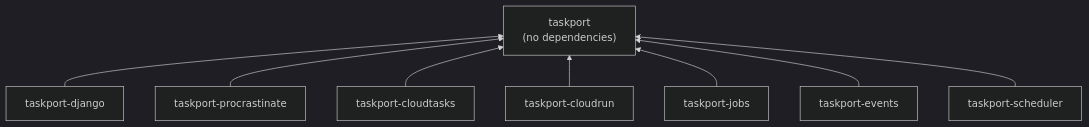
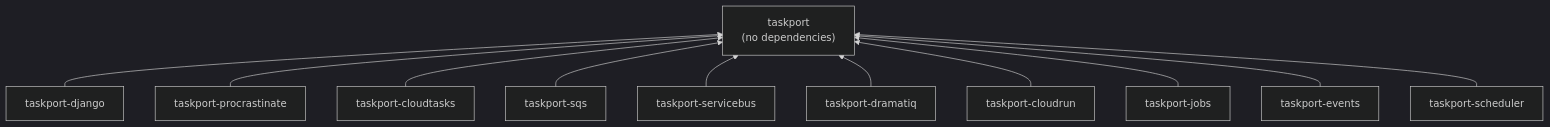
The fourth of 4 diagrams in README.md (xiidigital/taskferry), drawn with Mermaid (dark theme) before and after one commit. The commit also changed other lines of this file and 52 other files, not shown here.

First line of the commit message:
feat: async API, and restore the SQS/Service Bus/Dramatiq backends

````diff
--- a/README.md
+++ b/README.md
@@ -247,19 +278,25 @@
 ```mermaid
 flowchart BT
     TPD["taskport-django"]
     TPP["taskport-procrastinate"]
     TPC["taskport-cloudtasks"]
+    TPQ["taskport-sqs"]
+    TPB["taskport-servicebus"]
+    TPM["taskport-dramatiq"]
     TPR["taskport-cloudrun"]
     TPJ["taskport-jobs"]
     TPE["taskport-events"]
     TPS["taskport-scheduler"]
     TP["taskport<br/>(no dependencies)"]
 
     TPD --> TP
     TPP --> TP
     TPC --> TP
+    TPQ --> TP
+    TPB --> TP
+    TPM --> TP
     TPR --> TP
     TPJ --> TP
     TPE --> TP
     TPS --> TP
 ```
````
